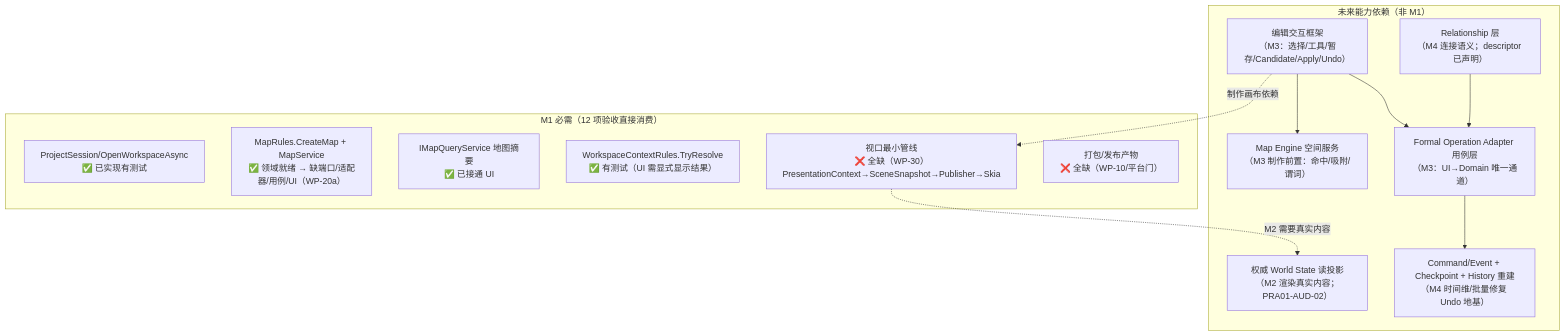
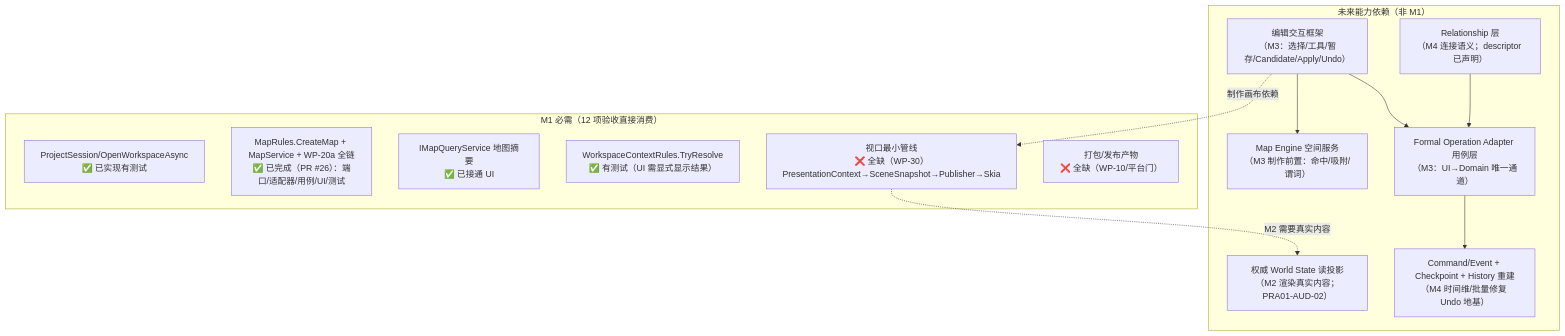
One commit to luqizheng/worldview changed the third of 3 diagrams in docs/implementation/wp-00-inventory/IMPLEMENTATION_DEPENDENCY_GRAPH.md. Above: the diagram before and after it, drawn with Mermaid. The commit also changed other lines of this file and 6 other files, not shown here.

````diff
--- a/docs/implementation/wp-00-inventory/IMPLEMENTATION_DEPENDENCY_GRAPH.md
+++ b/docs/implementation/wp-00-inventory/IMPLEMENTATION_DEPENDENCY_GRAPH.md
@@ -56,27 +56,27 @@
 ```mermaid
 graph TD
     subgraph M1Needs["M1 必需（12 项验收直接消费）"]
         m1a["ProjectSession/OpenWorkspaceAsync<br/>✅ 已实现有测试"]
-        m1b["MapRules.CreateMap + MapService<br/>✅ 领域就绪 → 缺端口/适配器/用例/UI（WP-20a）"]
+        m1b["MapRules.CreateMap + MapService + WP-20a 全链<br/>✅ 已完成（PR #26）：端口/适配器/用例/UI/测试"]
         m1c["IMapQueryService 地图摘要<br/>✅ 已接通 UI"]
         m1d["WorkspaceContextRules.TryResolve<br/>✅ 有测试（UI 需显式显示结果）"]
         m1e["视口最小管线<br/>❌ 全缺（WP-30）<br/>PresentationContext→SceneSnapshot→Publisher→Skia"]
         m1f["打包/发布产物<br/>❌ 全缺（WP-10/平台门）"]
     end
 
     subgraph FutureNeeds["未来能力依赖（非 M1）"]
         f1["权威 World State 读投影<br/>（M2 渲染真实内容；PRA01-AUD-02）"]
         f2["Map Engine 空间服务<br/>（M3 制作前置：命中/吸附/谓词）"]
         f3["编辑交互框架<br/>（M3：选择/工具/暂存/Candidate/Apply/Undo）"]
         f4["Formal Operation Adapter 用例层<br/>（M3：UI→Domain 唯一通道）"]
         f5["Relationship 层<br/>（M4 连接语义；descriptor 已声明）"]
         f6["Command/Event + Checkpoint + History 重建<br/>（M4 时间维/批量修复 Undo 地基）"]
     end
 
     m1e -.->|M2 需要真实内容| f1
     f3 -.->|制作画布依赖| m1e
     f3 --> f2
     f3 --> f4
     f4 --> f6
     f5 --> f4
 ```
````
